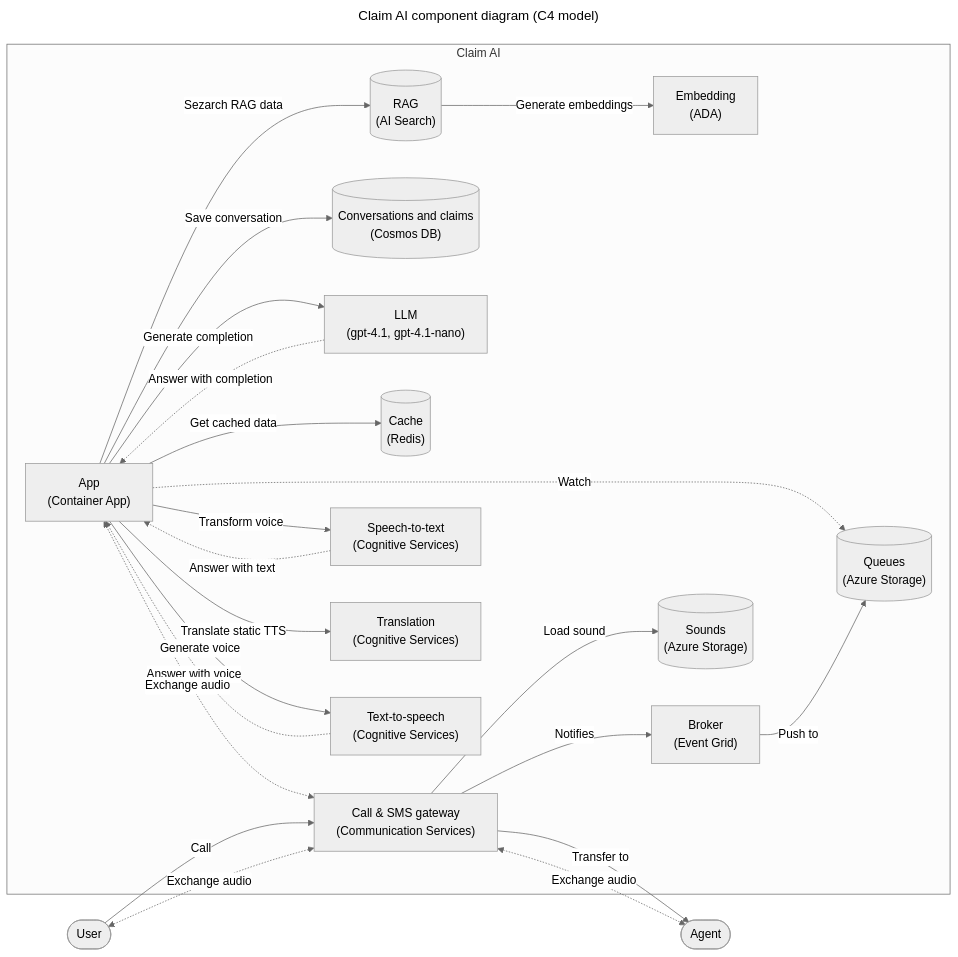
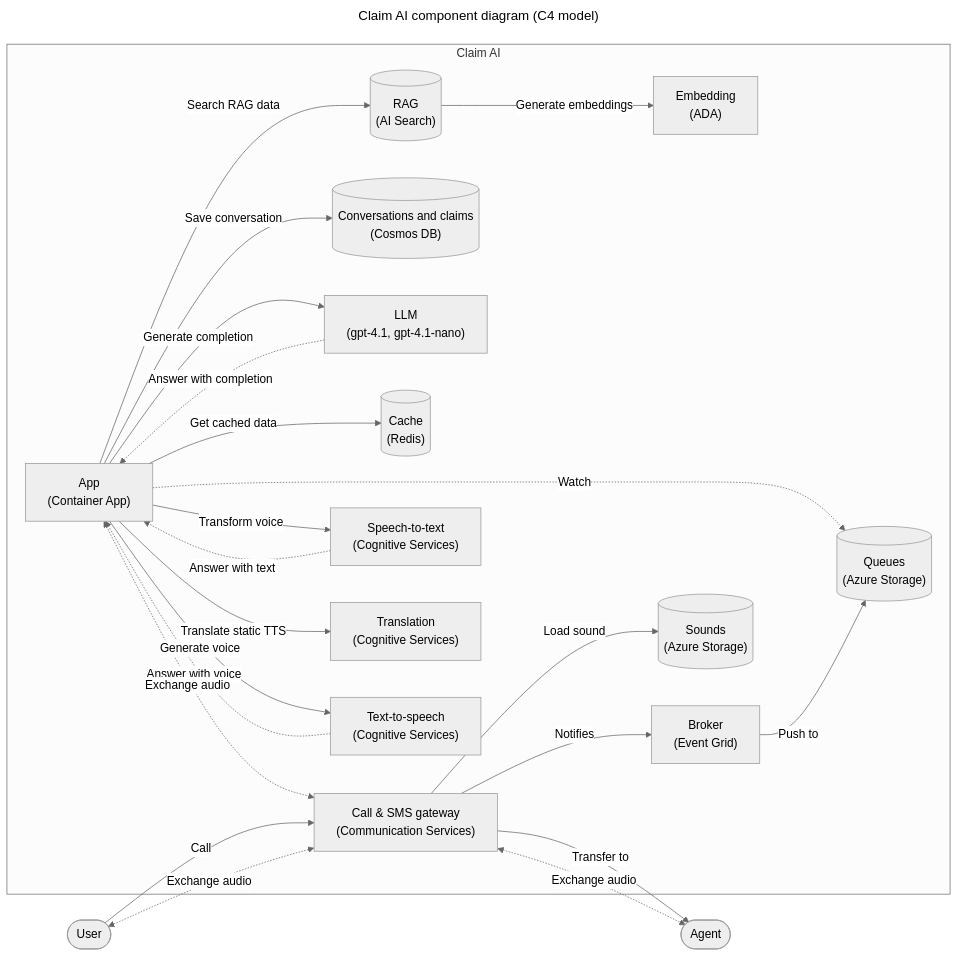
The second of 2 diagrams in README.md (microsoft/call-center-ai), drawn with Mermaid (neutral theme) before and after one commit.

Commit message:
fix: Correct spelling of "Search" in README.md

````diff
--- a/README.md
+++ b/README.md
@@ -149,49 +149,49 @@
 ```mermaid
 ---
 title: Claim AI component diagram (C4 model)
 ---
 graph LR
   agent(["Agent"])
   user(["User"])
 
   subgraph "Claim AI"
     ada["Embedding<br>(ADA)"]
     app["App<br>(Container App)"]
     communication_services["Call & SMS gateway<br>(Communication Services)"]
     db[("Conversations and claims<br>(Cosmos DB)")]
     eventgrid["Broker<br>(Event Grid)"]
     gpt["LLM<br>(gpt-4.1, gpt-4.1-nano)"]
     queues[("Queues<br>(Azure Storage)")]
     redis[("Cache<br>(Redis)")]
     search[("RAG<br>(AI Search)")]
     sounds[("Sounds<br>(Azure Storage)")]
     sst["Speech-to-text<br>(Cognitive Services)"]
     translation["Translation<br>(Cognitive Services)"]
     tts["Text-to-speech<br>(Cognitive Services)"]
   end
 
   app -- Translate static TTS --> translation
-  app -- Sezarch RAG data --> search
+  app -- Search RAG data --> search
   app -- Generate completion --> gpt
   gpt -. Answer with completion .-> app
   app -- Generate voice --> tts
   tts -. Answer with voice .-> app
   app -- Get cached data --> redis
   app -- Save conversation --> db
   app -- Transform voice --> sst
   sst -. Answer with text .-> app
   app <-. Exchange audio .-> communication_services
   app -. Watch .-> queues
 
   communication_services -- Load sound --> sounds
   communication_services -- Notifies --> eventgrid
   communication_services -- Transfer to --> agent
   communication_services <-. Exchange audio .-> agent
   communication_services <-. Exchange audio .-> user
 
   eventgrid -- Push to --> queues
 
   search -- Generate embeddings --> ada
 
   user -- Call --> communication_services
 ```
````
